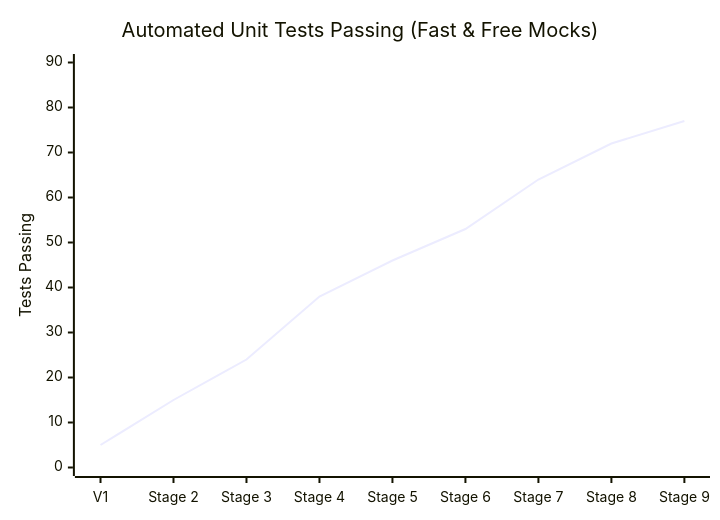
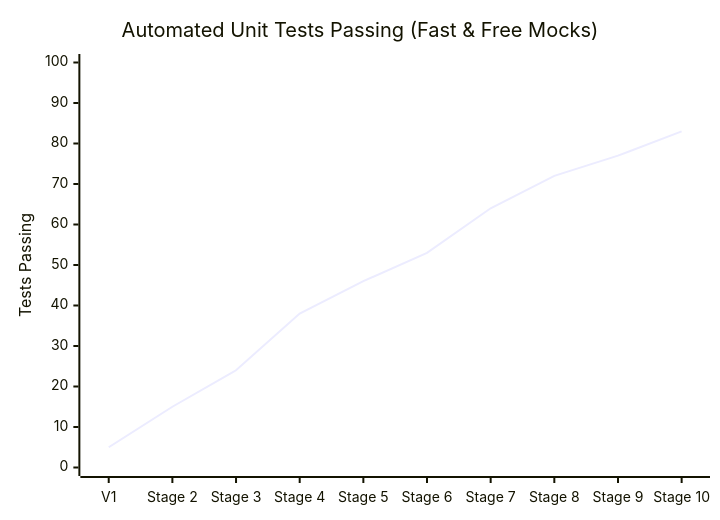
Before and after one commit to Rx4445/job-agent-: the second of 3 diagrams in METRICS.md, drawn with Mermaid. The commit also changed other lines of this file and 4 other files, not shown here.

````diff
--- a/METRICS.md
+++ b/METRICS.md
@@ -19,7 +19,7 @@
 ```mermaid
 xychart-beta
     title "Automated Unit Tests Passing (Fast & Free Mocks)"
-    x-axis ["V1", "Stage 2", "Stage 3", "Stage 4", "Stage 5", "Stage 6", "Stage 7", "Stage 8", "Stage 9"]
-    y-axis "Tests Passing" 0 --> 90
-    line [5, 15, 24, 38, 46, 53, 64, 72, 77]
+    x-axis ["V1", "Stage 2", "Stage 3", "Stage 4", "Stage 5", "Stage 6", "Stage 7", "Stage 8", "Stage 9", "Stage 10"]
+    y-axis "Tests Passing" 0 --> 100
+    line [5, 15, 24, 38, 46, 53, 64, 72, 77, 83]
 ```
````
